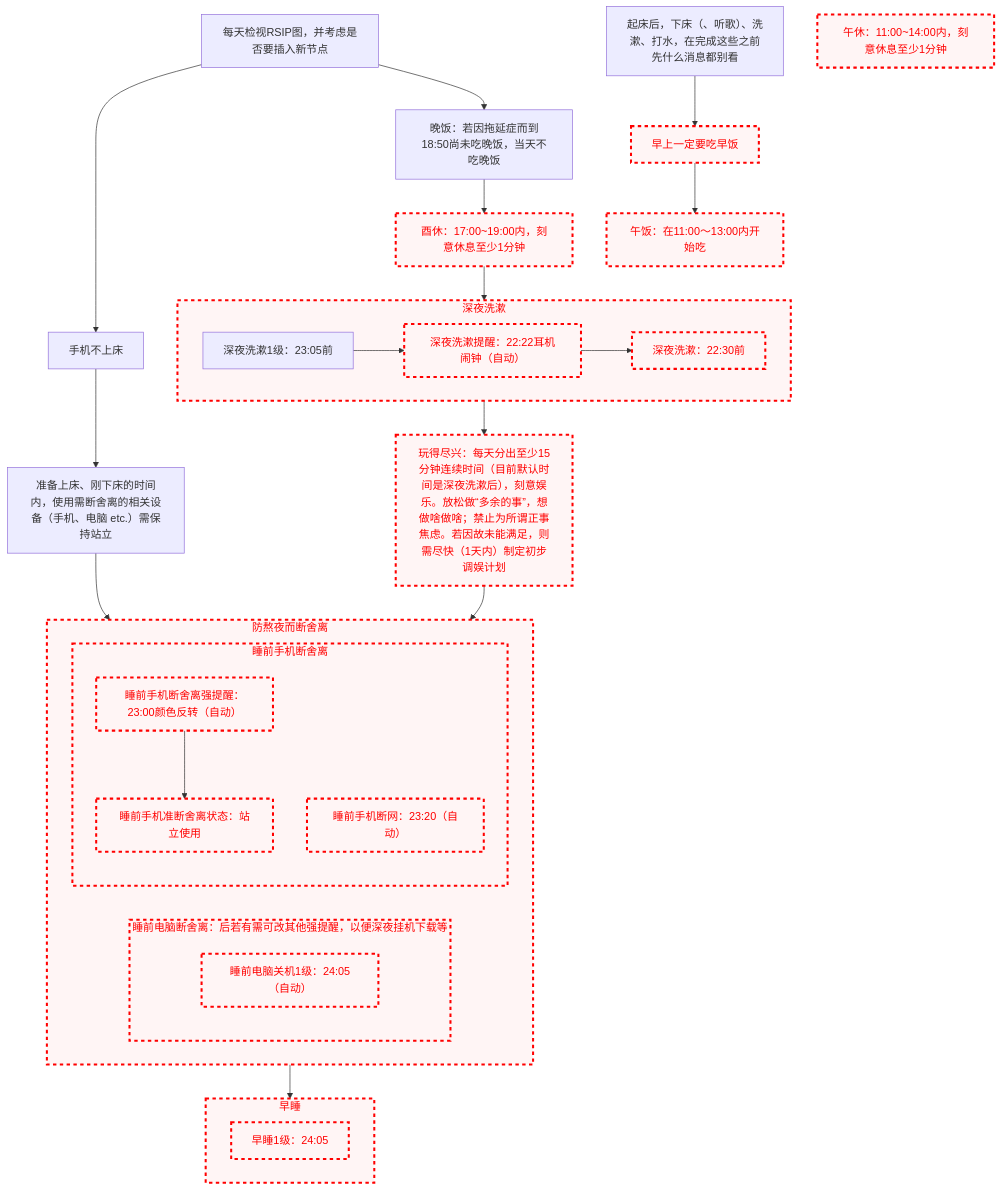
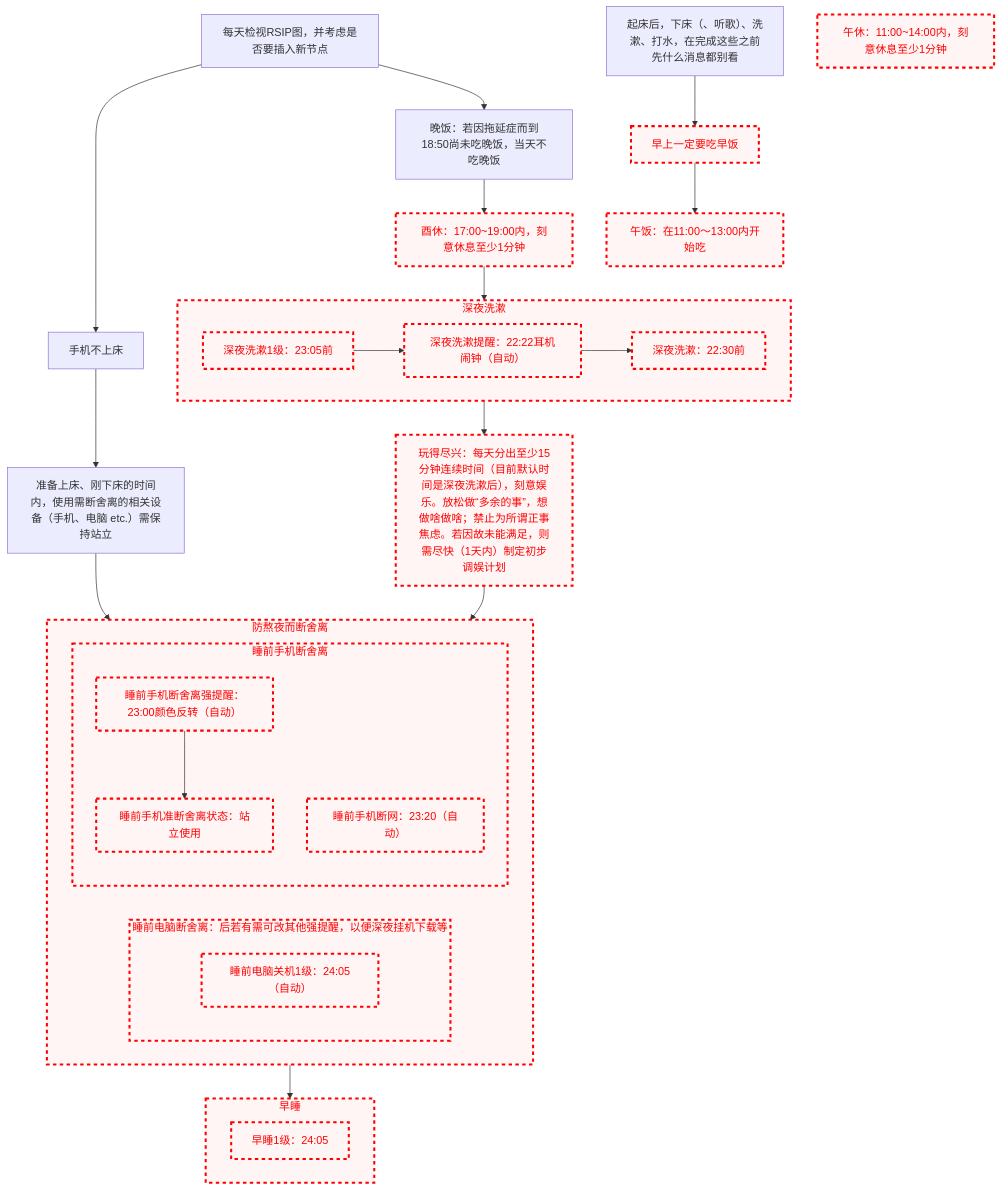
One commit to Ethkuil/RSIP-tree changed the diagram in README.md. Above: the diagram before and after it, drawn with Mermaid.

Commit message:
disable 深夜洗漱1级

````diff
--- a/README.md
+++ b/README.md
@@ -14,64 +14,65 @@
 ```mermaid
 graph TD
 
 classDef failed stroke:#ff0000, stroke-width:3px, color:#ff0000, fill:#fff5f5, stroke-dasharray: 5
 
 RSIP[每天检视RSIP图，并考虑是否要插入新节点]
 
 
 RSIP --> 手机不上床
 手机不上床 --> 站立使用[准备上床、刚下床的时间内，使用需断舍离的相关设备（手机、电脑 etc.）需保持站立]
 
 RSIP --> 晚饭[晚饭：若因拖延症而到18:50尚未吃晚饭，当天不吃晚饭]
 晚饭 --> 酉休[酉休：17:00~19:00内，刻意休息至少1分钟]
 class 酉休 failed
 酉休 --> 深夜洗漱
 subgraph 深夜洗漱
   深夜洗漱1级[深夜洗漱1级：23:05前]
+  class 深夜洗漱1级 failed
   深夜洗漱1级 --> 深夜洗漱提醒[深夜洗漱提醒：22:22耳机闹钟（自动）]
   class 深夜洗漱提醒 failed
   深夜洗漱提醒 --> 深夜洗漱最高级[深夜洗漱：22:30前]
   class 深夜洗漱最高级 failed
 end
 class 深夜洗漱 failed
 深夜洗漱 --> 玩得尽兴[玩得尽兴：每天分出至少15分钟连续时间（目前默认时间是深夜洗漱后），刻意娱乐。放松做“多余的事”，想做啥做啥；禁止为所谓正事焦虑。若因故未能满足，则需尽快（1天内）制定初步调娱计划]
 class 玩得尽兴 failed
 
 站立使用 --> 防熬夜而断舍离
 玩得尽兴 --> 防熬夜而断舍离
 subgraph 防熬夜而断舍离
   subgraph 睡前电脑断舍离[睡前电脑断舍离：后若有需可改其他强提醒，以便深夜挂机下载等]
     睡前电脑关机1级[睡前电脑关机1级：24:05（自动）]
     class 睡前电脑关机1级 failed
   end
   class 睡前电脑断舍离 failed
 
   subgraph 睡前手机断舍离
     睡前手机断舍离强提醒[睡前手机断舍离强提醒：23:00颜色反转（自动）]
     class 睡前手机断舍离强提醒 failed
     睡前手机断舍离强提醒 --> 睡前手机准断舍离状态[睡前手机准断舍离状态：站立使用]
     class 睡前手机准断舍离状态 failed
     睡前手机断网[睡前手机断网：23:20（自动）]
     class 睡前手机断网 failed
   end
   class 睡前手机断舍离 failed
 end
 class 防熬夜而断舍离 failed
 防熬夜而断舍离 --> 早睡
 subgraph 早睡
   早睡1级[早睡1级：24:05]
   class 早睡1级 failed
 end
 class 早睡 failed
 
 
 清晨洗漱[起床后，下床（、听歌）、洗漱、打水，在完成这些之前先什么消息都别看]
 
 清晨洗漱 --> 早饭[早上一定要吃早饭]
 class 早饭 failed
 早饭 --> 午饭[午饭：在11:00～13:00内开始吃]
 class 午饭 failed
 
 午休[午休：11:00~14:00内，刻意休息至少1分钟]
 class 午休 failed
 ```
````
